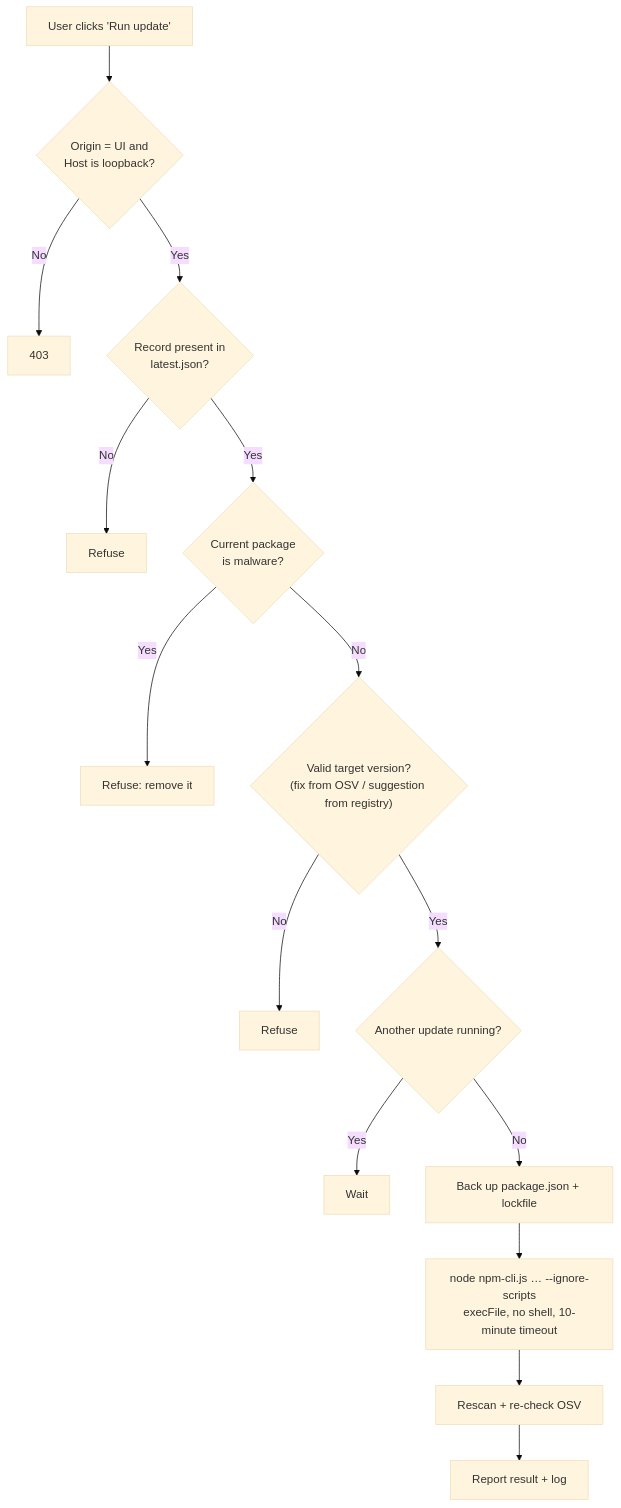
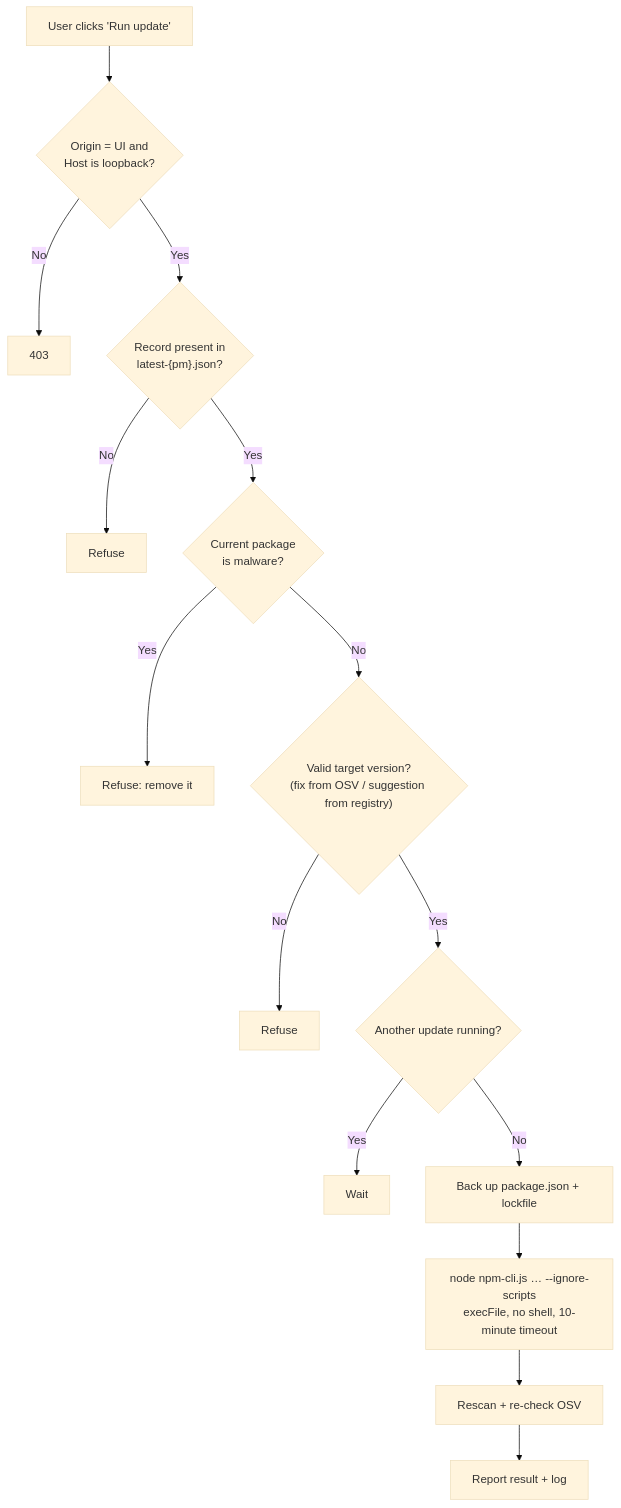
The diagram in docs/en/security.md (phanhuyyy/libpack-guard), drawn with Mermaid (base theme) before and after one commit. The commit also changed other lines of this file and 50 other files, not shown here.

````diff
--- a/docs/en/security.md
+++ b/docs/en/security.md
@@ -15,17 +15,17 @@
 ```mermaid
 flowchart TD
     Click["User clicks 'Run update'"] --> O1{"Origin = UI and<br/>Host is loopback?"}
     O1 -- No --> X1["403"]
-    O1 -- Yes --> O2{"Record present in<br/>latest.json?"}
+    O1 -- Yes --> O2{"Record present in<br/>latest-{pm}.json?"}
     O2 -- No --> X2["Refuse"]
     O2 -- Yes --> O3{"Current package<br/>is malware?"}
     O3 -- Yes --> X3["Refuse: remove it"]
     O3 -- No --> O4{"Valid target version?<br/>(fix from OSV / suggestion from registry)"}
     O4 -- No --> X4["Refuse"]
     O4 -- Yes --> O5{"Another update running?"}
     O5 -- Yes --> X5["Wait"]
     O5 -- No --> Bk["Back up package.json + lockfile"]
     Bk --> Run["node npm-cli.js … --ignore-scripts<br/>execFile, no shell, 10-minute timeout"]
     Run --> Re["Rescan + re-check OSV"]
     Re --> Res["Report result + log"]
 ```
````
